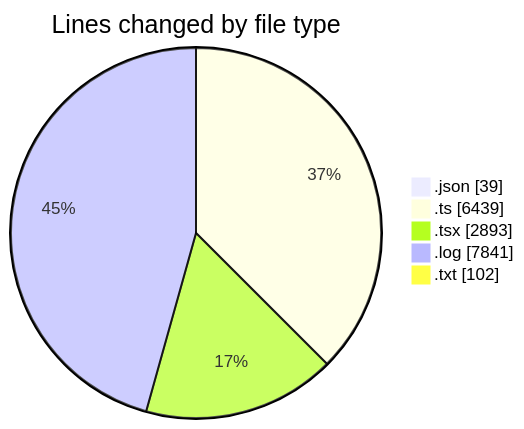
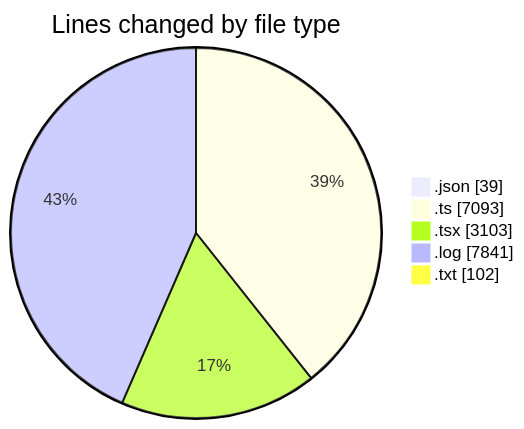
The first of 2 diagrams in 2025-09-13/napxuvn/README.md (lephambinh05/code-tracking), drawn with Mermaid before and after one commit. The commit also changed other lines of this file and 1 other file, not shown here.

````diff
--- a/2025-09-13/napxuvn/README.md
+++ b/2025-09-13/napxuvn/README.md
@@ -72,9 +75,9 @@
 ```mermaid
 pie showData
 title Lines changed by file type
 ".json" : 39
-".ts" : 6439
-".tsx" : 2893
+".ts" : 7093
+".tsx" : 3103
 ".log" : 7841
 ".txt" : 102
 ```
````
